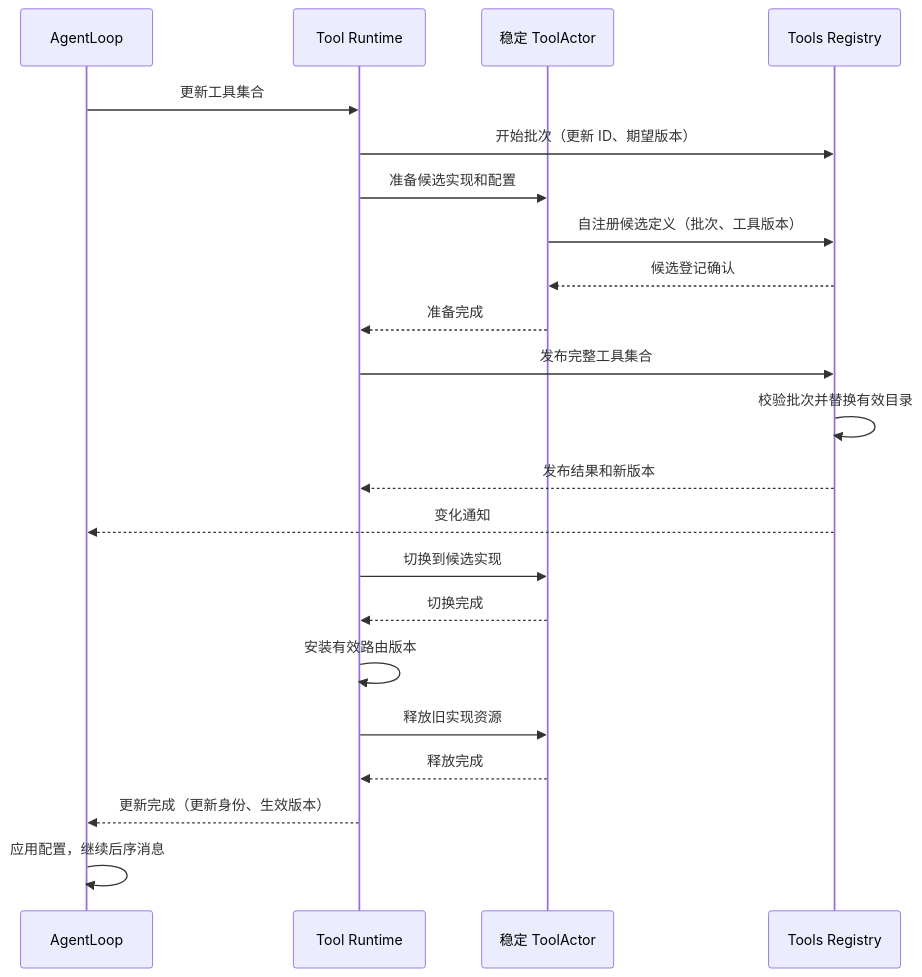
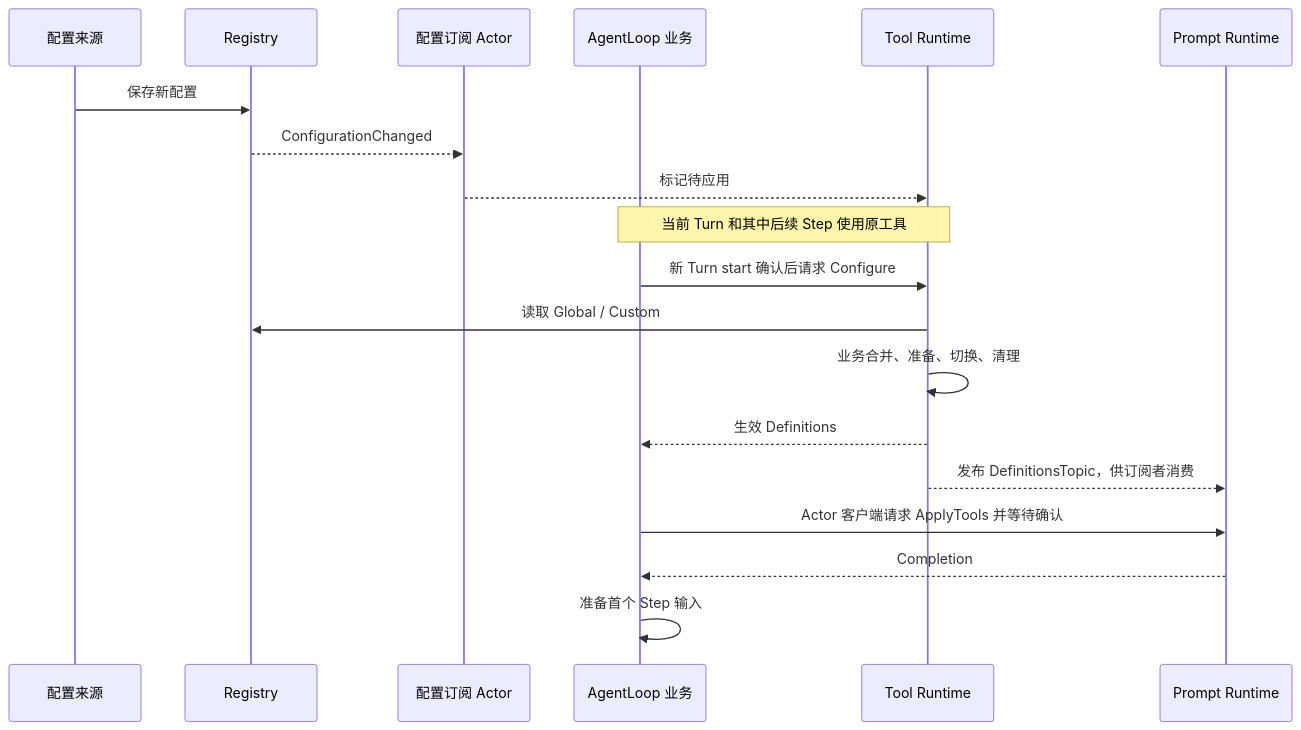
The second of 2 diagrams in zh-CN/actor-design/08-tools-implementation.md (gorenx/goren), drawn with Mermaid before and after one commit. The commit also changed other lines of this file and 13 other files, not shown here.

````diff
--- a/zh-CN/actor-design/08-tools-implementation.md
+++ b/zh-CN/actor-design/08-tools-implementation.md
@@ -105,24 +77,21 @@
 ```mermaid
 sequenceDiagram
-    participant A as AgentLoop
-    participant R as Tool Runtime
-    participant T as 稳定 ToolActor
-    participant C as Tools Registry
-    A->>R: 更新工具集合
-    R->>C: 开始批次（更新 ID、期望版本）
-    R->>T: 准备候选实现和配置
-    T->>C: 自注册候选定义（批次、工具版本）
-    C-->>T: 候选登记确认
-    T-->>R: 准备完成
-    R->>C: 发布完整工具集合
-    C->>C: 校验批次并替换有效目录
-    C-->>R: 发布结果和新版本
-    C-->>A: 变化通知
-    R->>T: 切换到候选实现
-    T-->>R: 切换完成
-    R->>R: 安装有效路由版本
-    R->>T: 释放旧实现资源
-    T-->>R: 释放完成
-    R-->>A: 更新完成（更新身份、生效版本）
-    A->>A: 应用配置，继续后序消息
+    participant C as 配置来源
+    participant R as Registry
+    participant W as 配置订阅 Actor
+    participant A as AgentLoop 业务
+    participant T as Tool Runtime
+    participant P as Prompt Runtime
+    C->>R: 保存新配置
+    R-->>W: ConfigurationChanged
+    W-->>T: 标记待应用
+    Note over A,T: 当前 Turn 和其中后续 Step 使用原工具
+    A->>T: 新 Turn start 确认后请求 Configure
+    T->>R: 读取 Global / Custom
+    T->>T: 业务合并、准备、切换、清理
+    T-->>A: 生效 Definitions
+    T-->>P: 发布 DefinitionsTopic，供订阅者消费
+    A->>P: Actor 客户端请求 ApplyTools 并等待确认
+    P-->>A: Completion
+    A->>A: 准备首个 Step 输入
 ```
````
